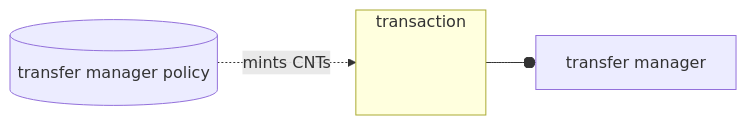
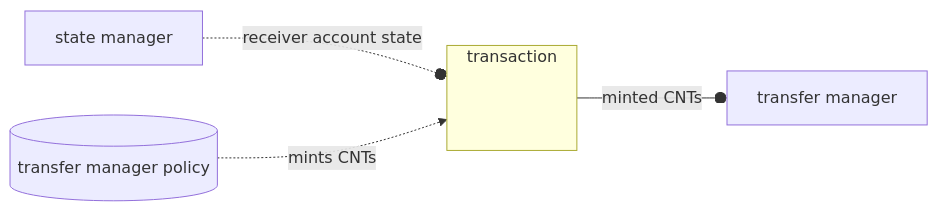
One commit to cardano-foundation/CIPs changed the fifth of 7 diagrams in CIP-meta-assets (ERC20-like assets)/README.md. Above: the diagram before and after it, drawn with Mermaid. The commit also changed other lines of this file, not shown here.

````diff
--- a/CIP-meta-assets (ERC20-like assets)/README.md
+++ b/CIP-meta-assets (ERC20-like assets)/README.md
@@ -341,14 +386,18 @@
 ```mermaid
 flowchart LR
 
     subgraph transaction
         .[ ]
         style . fill:#FFFFFF00, stroke:#FFFFFF00;
     end
 
+    stateManager[state manager]
     transferManagerPolicy[(transfer manager policy)]
     transferManagerContract[transfer manager]
 
-    transferManagerPolicy -. mints CNTs .->  transaction --o transferManagerContract
+    stateManager -. receiver account state .-o transaction
+
+    transferManagerPolicy -. mints CNTs .->  transaction
+    -- minted CNTs --o transferManagerContract
 
 ```
````
